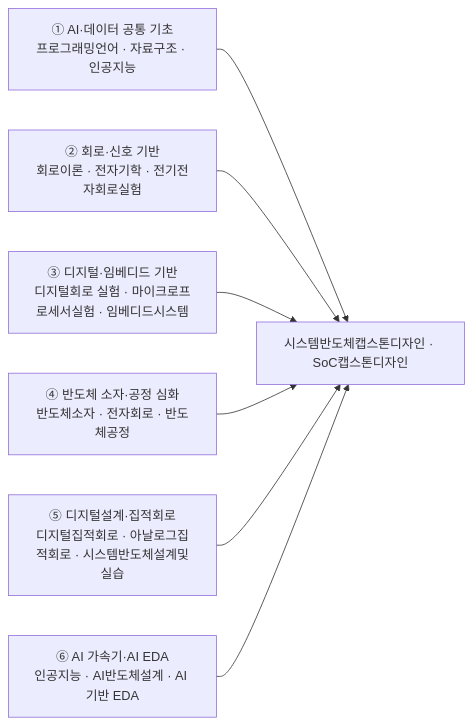
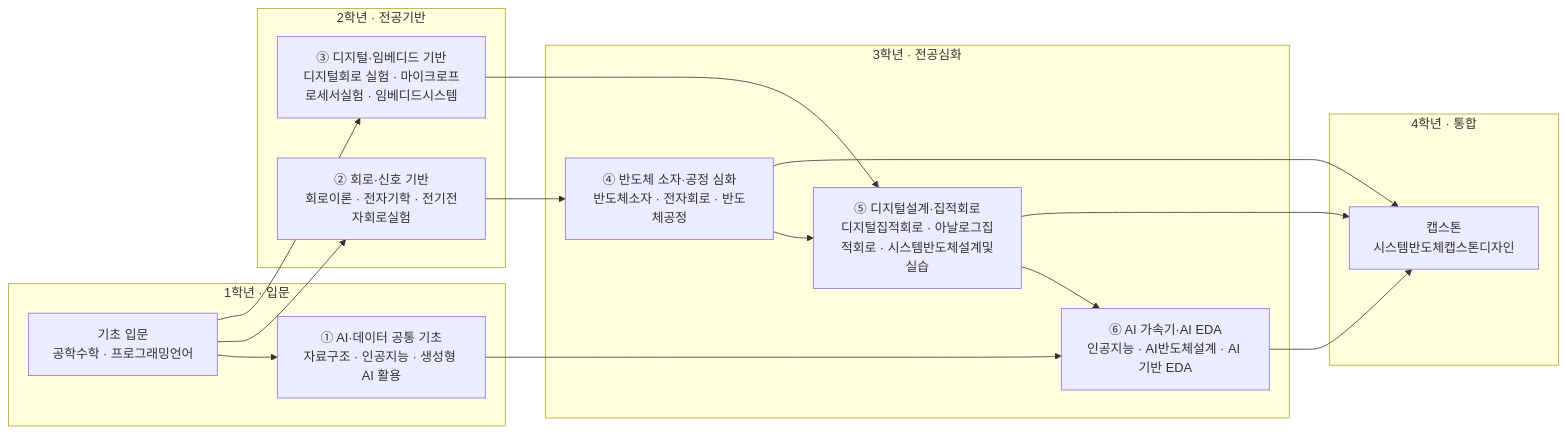
The diagram in docs/it/system-semiconductor.md (parclab-hsu/ai-curriculum-2026), drawn with Mermaid before and after one commit. The commit also changed other lines of this file and 22 other files, not shown here.

First line of the commit message:
모듈 다이어그램 강화 — 1~4학년 로드맵 + 모듈-역량 매핑 (23개 트랙)

````diff
--- a/docs/it/system-semiconductor.md
+++ b/docs/it/system-semiconductor.md
@@ -130,10 +130,30 @@
 ```mermaid
 flowchart LR
-  M1["① AI·데이터 공통 기초<br/>프로그래밍언어 · 자료구조 · 인공지능"] --> CAP
-  M2["② 회로·신호 기반<br/>회로이론 · 전자기학 · 전기전자회로실험"] --> CAP
-  M3["③ 디지털·임베디드 기반<br/>디지털회로 실험 · 마이크로프로세서실험 · 임베디드시스템"] --> CAP
-  M4["④ 반도체 소자·공정 심화<br/>반도체소자 · 전자회로 · 반도체공정"] --> CAP
-  M5["⑤ 디지털설계·집적회로<br/>디지털집적회로 · 아날로그집적회로 · 시스템반도체설계및실습"] --> CAP
-  M6["⑥ AI 가속기·AI EDA<br/>인공지능 · AI반도체설계 · AI 기반 EDA"] --> CAP
-  CAP["시스템반도체캡스톤디자인 · SoC캡스톤디자인"]
+  subgraph Y1["1학년 · 입문"]
+    A0["기초 입문<br/>공학수학 · 프로그래밍언어"]
+    M1["① AI·데이터 공통 기초<br/>자료구조 · 인공지능 · 생성형 AI 활용"]
+  end
+  subgraph Y2["2학년 · 전공기반"]
+    M2["② 회로·신호 기반<br/>회로이론 · 전자기학 · 전기전자회로실험"]
+    M3["③ 디지털·임베디드 기반<br/>디지털회로 실험 · 마이크로프로세서실험 · 임베디드시스템"]
+  end
+  subgraph Y3["3학년 · 전공심화"]
+    M4["④ 반도체 소자·공정 심화<br/>반도체소자 · 전자회로 · 반도체공정"]
+    M5["⑤ 디지털설계·집적회로<br/>디지털집적회로 · 아날로그집적회로 · 시스템반도체설계및실습"]
+    M6["⑥ AI 가속기·AI EDA<br/>인공지능 · AI반도체설계 · AI 기반 EDA"]
+  end
+  subgraph Y4["4학년 · 통합"]
+    CAP["캡스톤<br/>시스템반도체캡스톤디자인"]
+  end
+  A0 --> M1
+  A0 --> M2
+  A0 --> M3
+  M1 --> M6
+  M2 --> M4
+  M3 --> M5
+  M4 --> M5
+  M5 --> M6
+  M4 --> CAP
+  M5 --> CAP
+  M6 --> CAP
 ```
````
